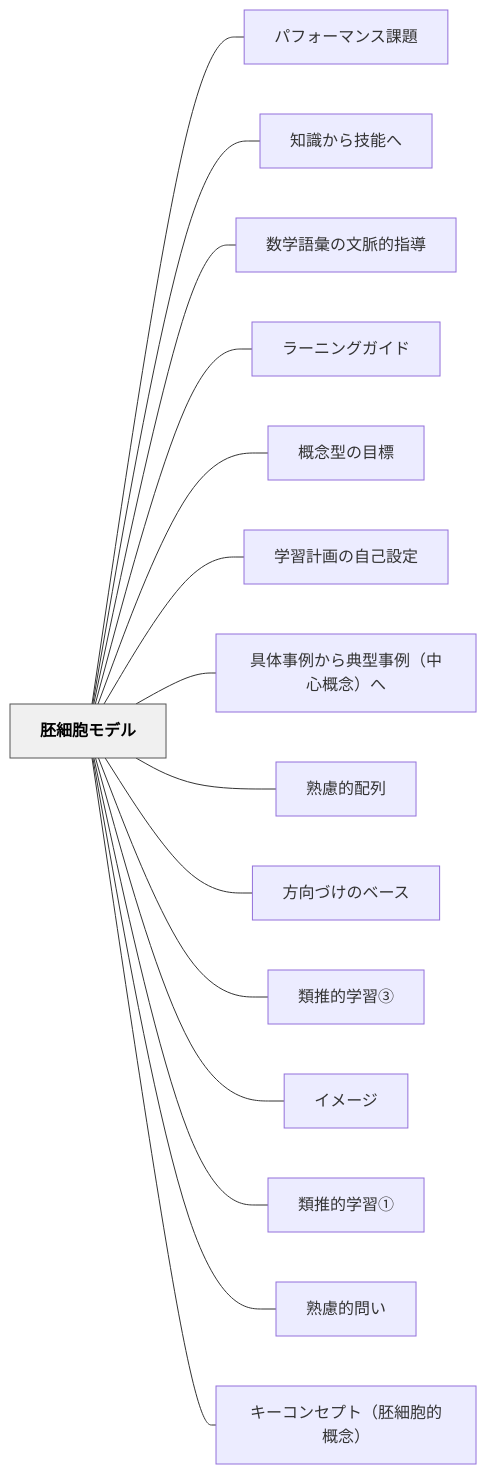
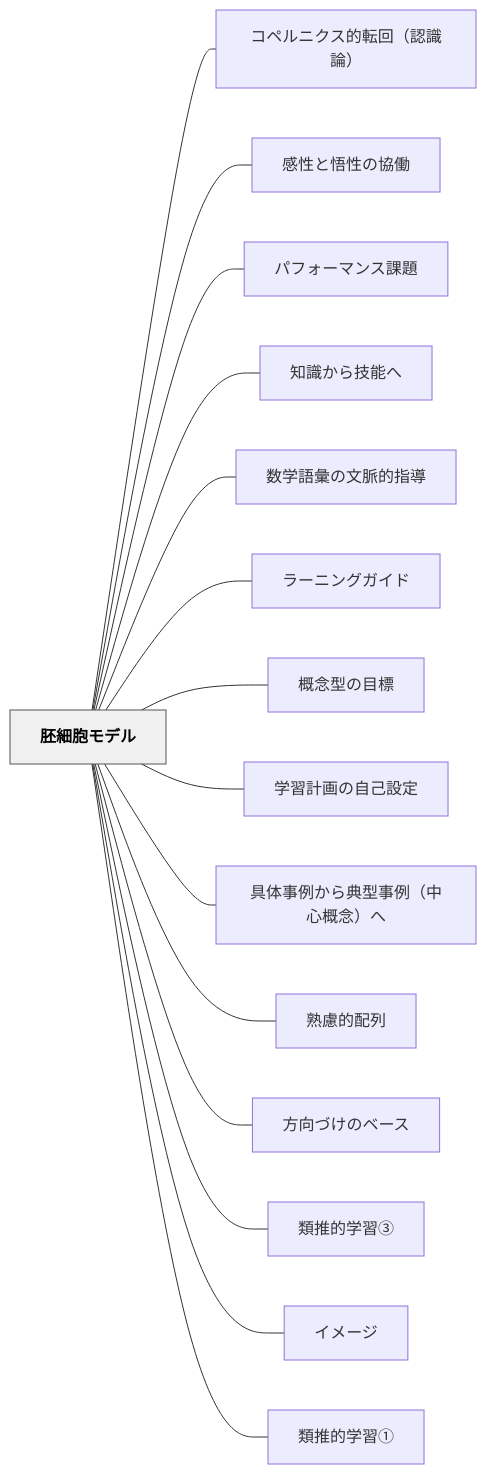
One commit to unknownthings-ed-patterns/unknownthings-ed-patterns changed the diagram in content/パタン/胚細胞モデル.md. Above: the diagram before and after it, drawn with Mermaid. The commit also changed other lines of this file and 18 other files, not shown here.

````diff
--- a/content/パタン/胚細胞モデル.md
+++ b/content/パタン/胚細胞モデル.md
@@ -141,36 +153,36 @@
 ```mermaid
 flowchart LR
     ne8839ae7b4b0e8839ee383a2e38387e383ab["胚細胞モデル"]
+    ne382b3e3839ae383abe3838be382afe382b9e79a84e8bba2e59b9eefbc88e8aa8de8ad98e8ab96efbc89["コペルニクス的転回（認識論）"]
+    ne6849fe680a7e381a8e6829fe680a7e381aee58d94e5838d["感性と悟性の協働"]
     ne38391e38395e382a9e383bce3839ee383b3e382b9e8aab2e9a18c["パフォーマンス課題"]
     ne79fa5e8ad98e3818be38289e68a80e883bde381b8["知識から技能へ"]
     ne695b0e5ada6e8aa9ee5bd99e381aee69687e88488e79a84e68c87e5b08e["数学語彙の文脈的指導"]
     ne383a9e383bce3838be383b3e382b0e382ace382a4e38389["ラーニングガイド"]
     ne6a682e5bfb5e59e8be381aee79baee6a899["概念型の目標"]
     ne5ada6e7bf92e8a888e794bbe381aee887aae5b7b1e8a8ade5ae9a["学習計画の自己設定"]
     ne585b7e4bd93e4ba8be4be8be3818be38289e585b8e59e8be4ba8be4be8befbc88e4b8ade5bf83e6a682e5bfb5efbc89e381b8["具体事例から典型事例（中心概念）へ"]
     ne7869fe685aee79a84e9858de58897["熟慮的配列"]
     ne696b9e59091e381a5e38191e381aee38399e383bce382b9["方向づけのベース"]
     ne9a19ee68ea8e79a84e5ada6e7bf92e291a2["類推的学習③"]
     ne382a4e383a1e383bce382b8["イメージ"]
     ne9a19ee68ea8e79a84e5ada6e7bf92e291a0["類推的学習①"]
-    ne7869fe685aee79a84e5958fe38184["熟慮的問い"]
-    ne382ade383bce382b3e383b3e382bbe38397e38388efbc88e8839ae7b4b0e8839ee79a84e6a682e5bfb5efbc89["キーコンセプト（胚細胞的概念）"]
 
+    ne8839ae7b4b0e8839ee383a2e38387e383ab --- ne382b3e3839ae383abe3838be382afe382b9e79a84e8bba2e59b9eefbc88e8aa8de8ad98e8ab96efbc89
+    ne8839ae7b4b0e8839ee383a2e38387e383ab --- ne6849fe680a7e381a8e6829fe680a7e381aee58d94e5838d
     ne8839ae7b4b0e8839ee383a2e38387e383ab --- ne38391e38395e382a9e383bce3839ee383b3e382b9e8aab2e9a18c
     ne8839ae7b4b0e8839ee383a2e38387e383ab --- ne79fa5e8ad98e3818be38289e68a80e883bde381b8
     ne8839ae7b4b0e8839ee383a2e38387e383ab --- ne695b0e5ada6e8aa9ee5bd99e381aee69687e88488e79a84e68c87e5b08e
     ne8839ae7b4b0e8839ee383a2e38387e383ab --- ne383a9e383bce3838be383b3e382b0e382ace382a4e38389
     ne8839ae7b4b0e8839ee383a2e38387e383ab --- ne6a682e5bfb5e59e8be381aee79baee6a899
     ne8839ae7b4b0e8839ee383a2e38387e383ab --- ne5ada6e7bf92e8a888e794bbe381aee887aae5b7b1e8a8ade5ae9a
     ne8839ae7b4b0e8839ee383a2e38387e383ab --- ne585b7e4bd93e4ba8be4be8be3818be38289e585b8e59e8be4ba8be4be8befbc88e4b8ade5bf83e6a682e5bfb5efbc89e381b8
     ne8839ae7b4b0e8839ee383a2e38387e383ab --- ne7869fe685aee79a84e9858de58897
     ne8839ae7b4b0e8839ee383a2e38387e383ab --- ne696b9e59091e381a5e38191e381aee38399e383bce382b9
     ne8839ae7b4b0e8839ee383a2e38387e383ab --- ne9a19ee68ea8e79a84e5ada6e7bf92e291a2
     ne8839ae7b4b0e8839ee383a2e38387e383ab --- ne382a4e383a1e383bce382b8
     ne8839ae7b4b0e8839ee383a2e38387e383ab --- ne9a19ee68ea8e79a84e5ada6e7bf92e291a0
-    ne8839ae7b4b0e8839ee383a2e38387e383ab --- ne7869fe685aee79a84e5958fe38184
-    ne8839ae7b4b0e8839ee383a2e38387e383ab --- ne382ade383bce382b3e383b3e382bbe38397e38388efbc88e8839ae7b4b0e8839ee79a84e6a682e5bfb5efbc89
 
     classDef hub fill:#f0f0f0,stroke:#555,color:#000,font-weight:bold
     class ne8839ae7b4b0e8839ee383a2e38387e383ab hub
 ```
````
